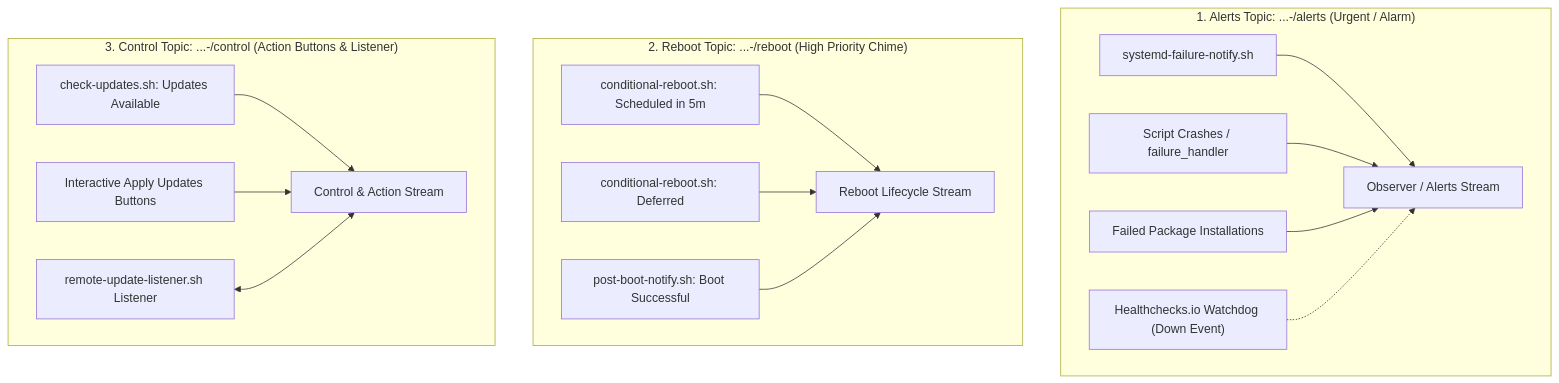
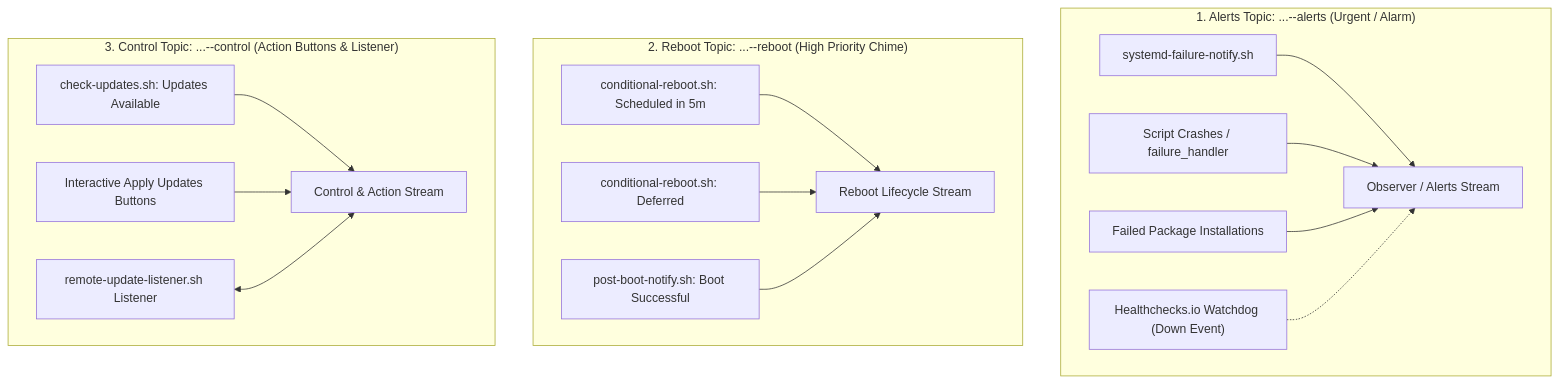
Before and after one commit to in3x/updates-notify: the third of 4 diagrams in docs/design.md, drawn with Mermaid. The commit also changed other lines of this file and 6 other files, not shown here.

````diff
--- a/docs/design.md
+++ b/docs/design.md
@@ -70,21 +71,21 @@
 ```mermaid
 graph TD
-    subgraph Alerts_Channel ["1. Alerts Topic: ...-<SYSTEM_GROUP_NAME>/alerts (Urgent / Alarm)"]
+    subgraph Alerts_Channel ["1. Alerts Topic: ...-<SYSTEM_GROUP_NAME>-alerts (Urgent / Alarm)"]
         A1[systemd-failure-notify.sh] --> A[Observer / Alerts Stream]
         A2[Script Crashes / failure_handler] --> A
         A3[Failed Package Installations] --> A
         A4["Healthchecks.io Watchdog (Down Event)"] -.-> A
     end
 
-    subgraph Reboot_Channel ["2. Reboot Topic: ...-<SYSTEM_GROUP_NAME>/reboot (High Priority Chime)"]
+    subgraph Reboot_Channel ["2. Reboot Topic: ...-<SYSTEM_GROUP_NAME>-reboot (High Priority Chime)"]
         R1[conditional-reboot.sh: Scheduled in 5m] --> R[Reboot Lifecycle Stream]
         R2[conditional-reboot.sh: Deferred] --> R
         R3[post-boot-notify.sh: Boot Successful] --> R
     end
 
-    subgraph Control_Channel ["3. Control Topic: ...-<SYSTEM_GROUP_NAME>/control (Action Buttons & Listener)"]
+    subgraph Control_Channel ["3. Control Topic: ...-<SYSTEM_GROUP_NAME>-control (Action Buttons & Listener)"]
         C1[check-updates.sh: Updates Available] --> C[Control & Action Stream]
         C2[Interactive Apply Updates Buttons] --> C
         C3[remote-update-listener.sh Listener] <--> C
     end
 ```
````
